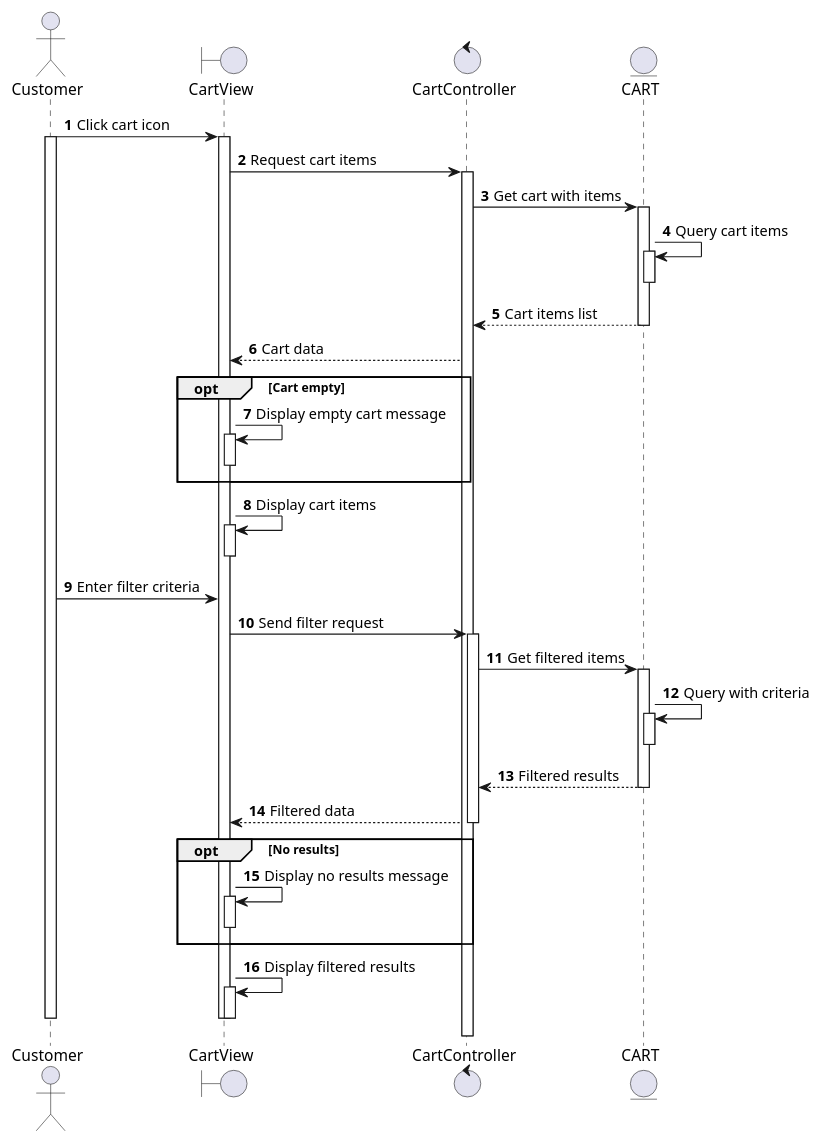
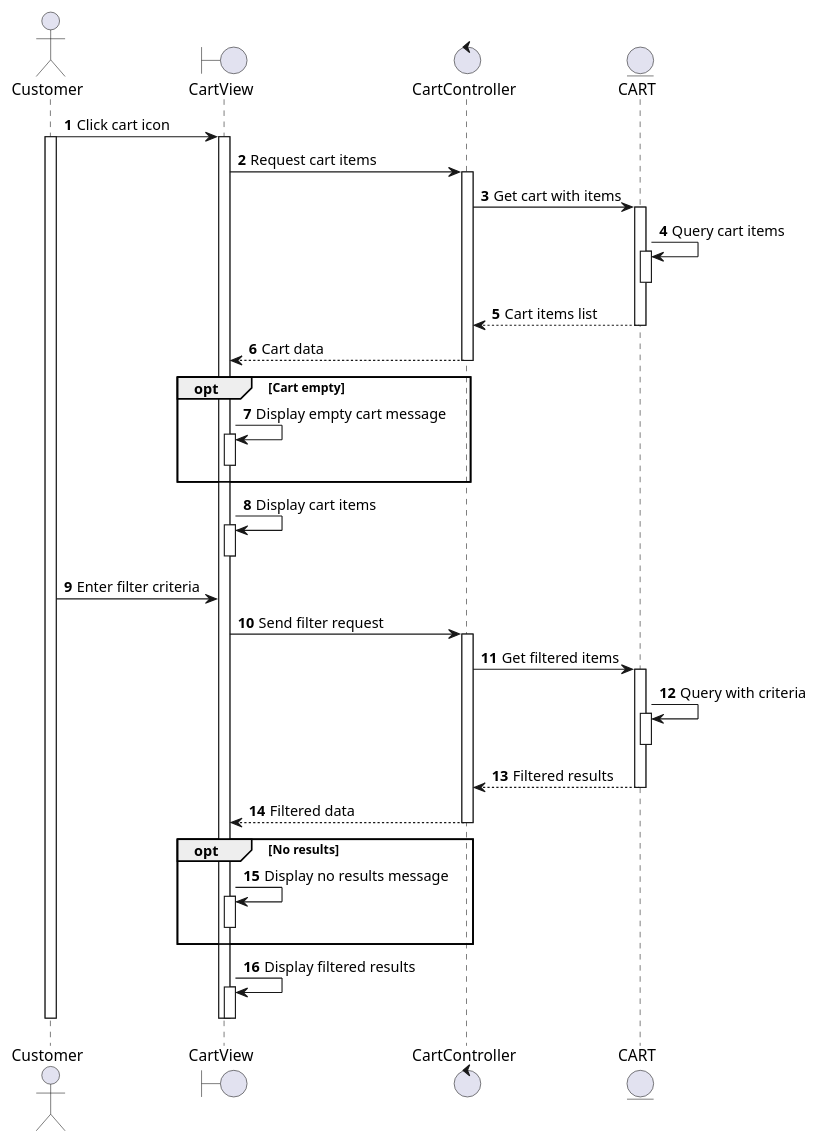
One commit to se113-wm/se113-wm.github.io changed the diagram in docs/docs/sequence/adjust-cart/view-and-filter-trips-in-cart.md. Above: the diagram before and after it, drawn with PlantUML. The commit also changed 10 other files, not shown here.

Commit message:
fix(sequence): deactivate entities in various sequence diagrams for clarity

````diff
--- a/docs/docs/sequence/adjust-cart/view-and-filter-trips-in-cart.md
+++ b/docs/docs/sequence/adjust-cart/view-and-filter-trips-in-cart.md
@@ -3,63 +3,64 @@
 ```plantuml
 @startuml
 autonumber
 
 actor Customer as C
 boundary CartView as CV
 control CartController as CC
 entity CART as CA
 
 C -> CV: Click cart icon
 activate C
 activate CV
 CV -> CC: Request cart items
 activate CC
 CC -> CA: Get cart with items
 activate CA
 CA -> CA: Query cart items
 activate CA
 deactivate CA
 CC <-- CA: Cart items list
 deactivate CA
 CC --> CV: Cart data
+deactivate CC
 
 
 opt Cart empty
   CV -> CV: Display empty cart message
   activate CV
   deactivate CV
 end
 
 CV -> CV: Display cart items
 activate CV
 deactivate CV
 
 C -> CV: Enter filter criteria
 CV -> CC: Send filter request
 activate CC
 CC -> CA: Get filtered items
 activate CA
 CA -> CA: Query with criteria
 activate CA
 deactivate CA
 
 CC <-- CA: Filtered results
 deactivate CA
 CV <-- CC: Filtered data
 deactivate CC
 
 opt No results
   CV -> CV: Display no results message
   activate CV
   deactivate CV
 end
 
 CV -> CV: Display filtered results
 activate CV
 deactivate CV
 
 deactivate CV
 deactivate C
 
 @enduml
 ```
````
